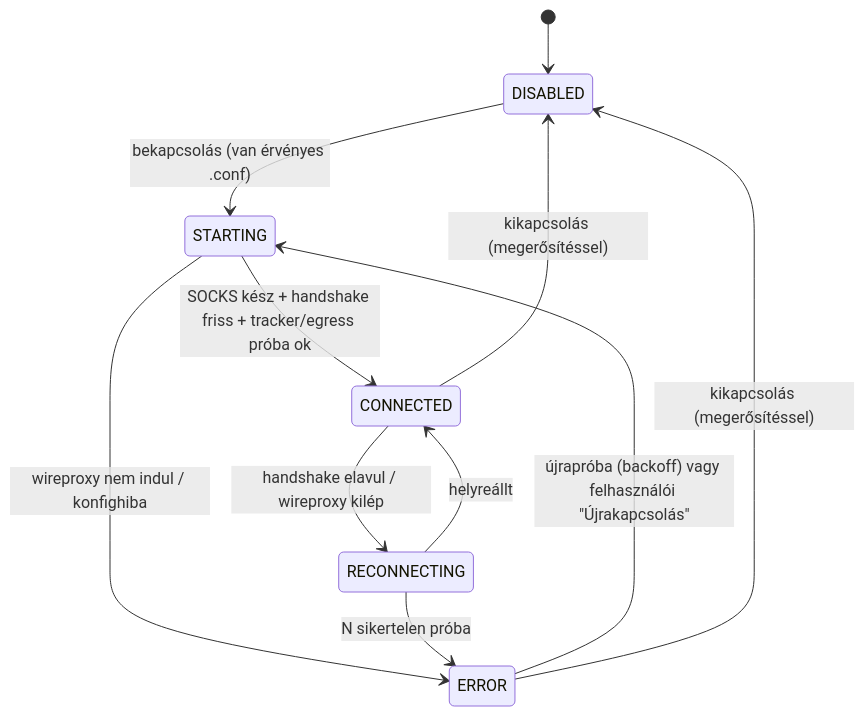
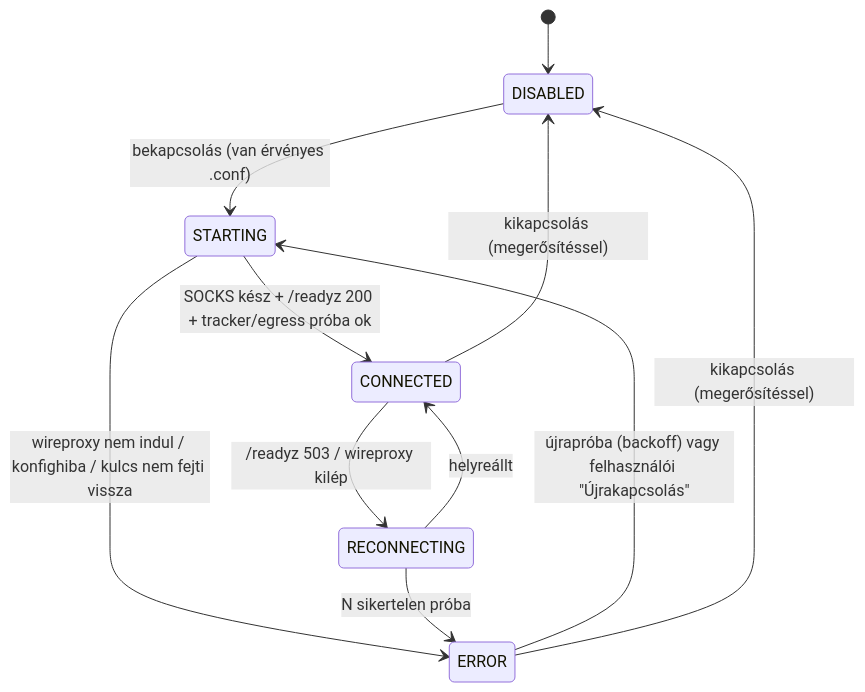
One commit to Levfero/stremhu-source-VibeCodedEdition changed the second of 2 diagrams in docs/feature/vpn-integration/implementation-plan.md. Above: the diagram before and after it, drawn with Mermaid. The commit also changed other lines of this file and 2 other files, not shown here.

````diff
--- a/docs/feature/vpn-integration/implementation-plan.md
+++ b/docs/feature/vpn-integration/implementation-plan.md
@@ -141,13 +172,13 @@
 ```mermaid
 stateDiagram-v2
   [*] --> DISABLED
   DISABLED --> STARTING: bekapcsolás (van érvényes .conf)
-  STARTING --> CONNECTED: SOCKS kész + handshake friss + tracker/egress próba ok
-  STARTING --> ERROR: wireproxy nem indul / konfighiba
-  CONNECTED --> RECONNECTING: handshake elavul / wireproxy kilép
+  STARTING --> CONNECTED: SOCKS kész + /readyz 200 + tracker/egress próba ok
+  STARTING --> ERROR: wireproxy nem indul / konfighiba / kulcs nem fejti vissza
+  CONNECTED --> RECONNECTING: /readyz 503 / wireproxy kilép
   RECONNECTING --> CONNECTED: helyreállt
   RECONNECTING --> ERROR: N sikertelen próba
   ERROR --> STARTING: újrapróba (backoff) vagy felhasználói "Újrakapcsolás"
   CONNECTED --> DISABLED: kikapcsolás (megerősítéssel)
   ERROR --> DISABLED: kikapcsolás (megerősítéssel)
 ```
````
